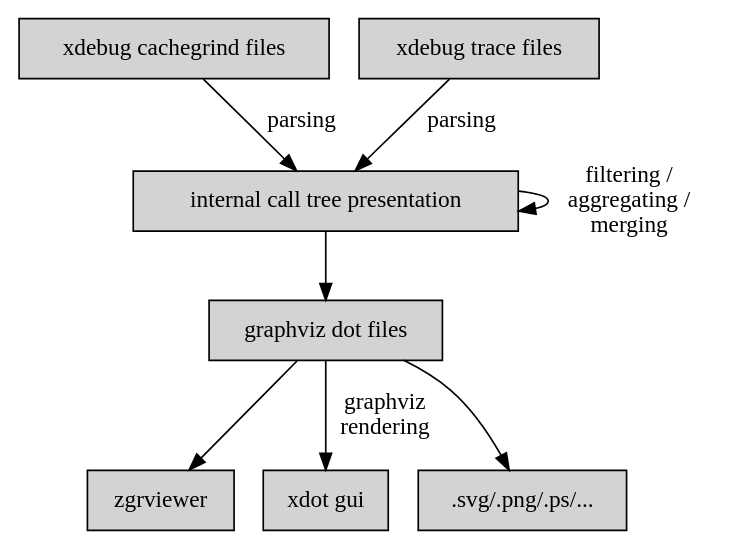
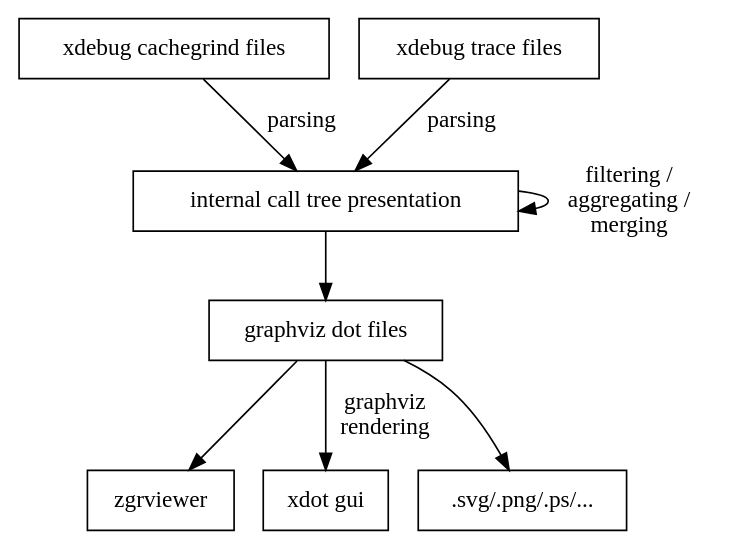
One commit to luvas2010/xdebugtoolkit changed the diagram in flow.dot. Above: the diagram before and after it, drawn with Graphviz. The commit also changed 2 other files, not shown here.

```diff
--- a/flow.dot
+++ b/flow.dot
@@ -1,22 +1,22 @@
 digraph G {
 ordering=out;
 rankdir=TB;
-edge [];
-node [shape=box, style=filled];
+edge [labelfontsize=8];
+node [labelfontsize=8, shape=box];
 
 "cg" [label="xdebug cachegrind files"];
 "trace" [label="xdebug trace files"];
 "tree" [label="internal call tree presentation"];
 "dot" [label="graphviz dot files"];
 "zgrviewer" [label="zgrviewer"];
 "xdot" [label="xdot gui"];
 "other" [label=".svg/.png/.ps/..."];
 
 "cg" -> "tree" [label="parsing"];
 "trace" -> "tree" [label="parsing"];
 "tree" -> "tree" [label="filtering /\naggregating /\nmerging"];
 "tree" -> "dot" [label=""];
 "dot" -> "zgrviewer";
 "dot" -> "xdot" [label="graphviz\nrendering" labeljust="r"];
 "dot" -> "other";
 }
```
